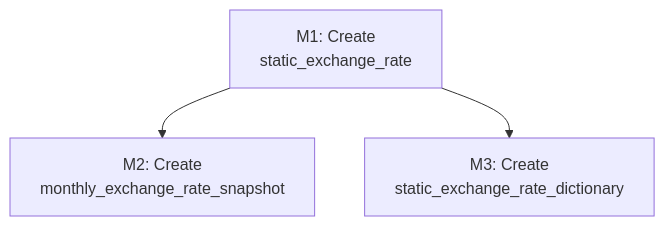
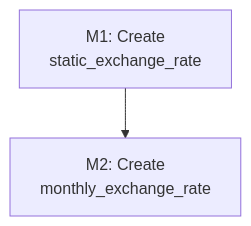
Before and after one commit to project-koku/koku: the diagram in docs/architecture/constant-currency/data-model.md, drawn with Mermaid. The commit also changed other lines of this file and 4 other files, not shown here.

First line of the commit message:
COST-7252: Promote MonthlyExchangeRate to single source of truth

````diff
--- a/docs/architecture/constant-currency/data-model.md
+++ b/docs/architecture/constant-currency/data-model.md
@@ -324,5 +265,4 @@
 ```mermaid
 graph TD
-    M1["M1: Create<br/>static_exchange_rate"] --> M2["M2: Create<br/>monthly_exchange_rate_snapshot"]
-    M1 --> M3["M3: Create<br/>static_exchange_rate_dictionary"]
+    M1["M1: Create<br/>static_exchange_rate"] --> M2["M2: Create<br/>monthly_exchange_rate"]
 ```
````
